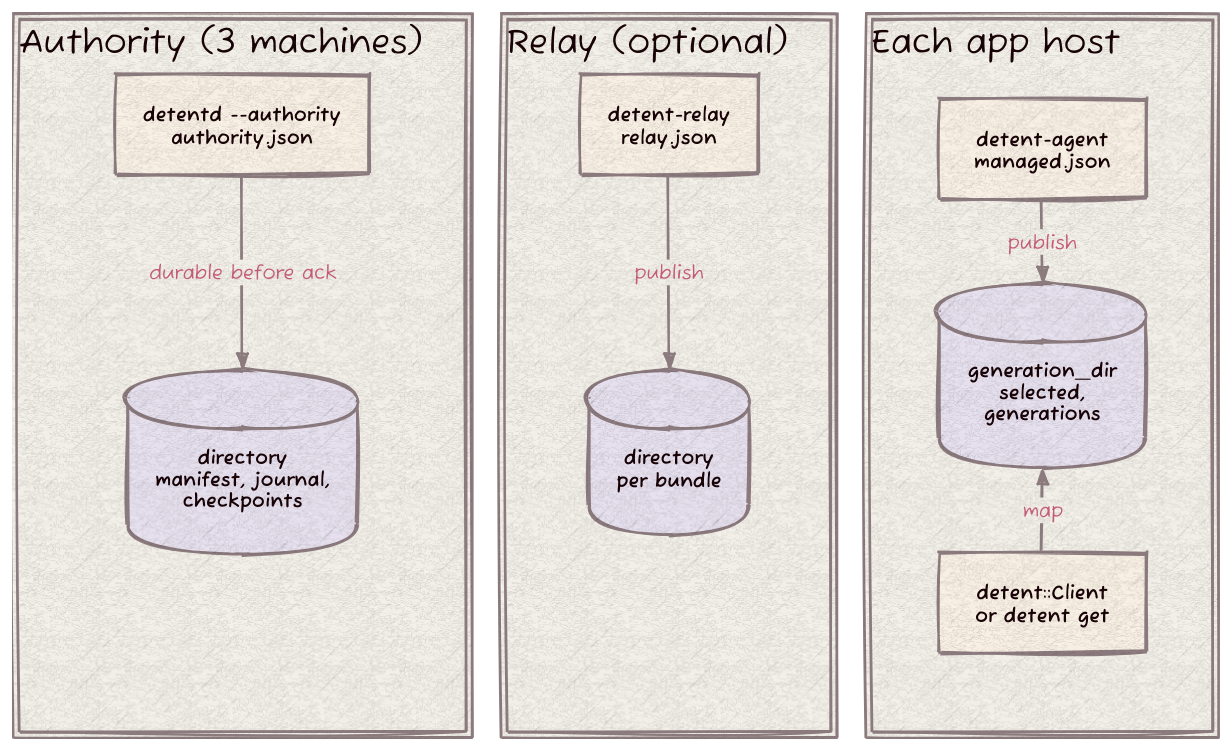
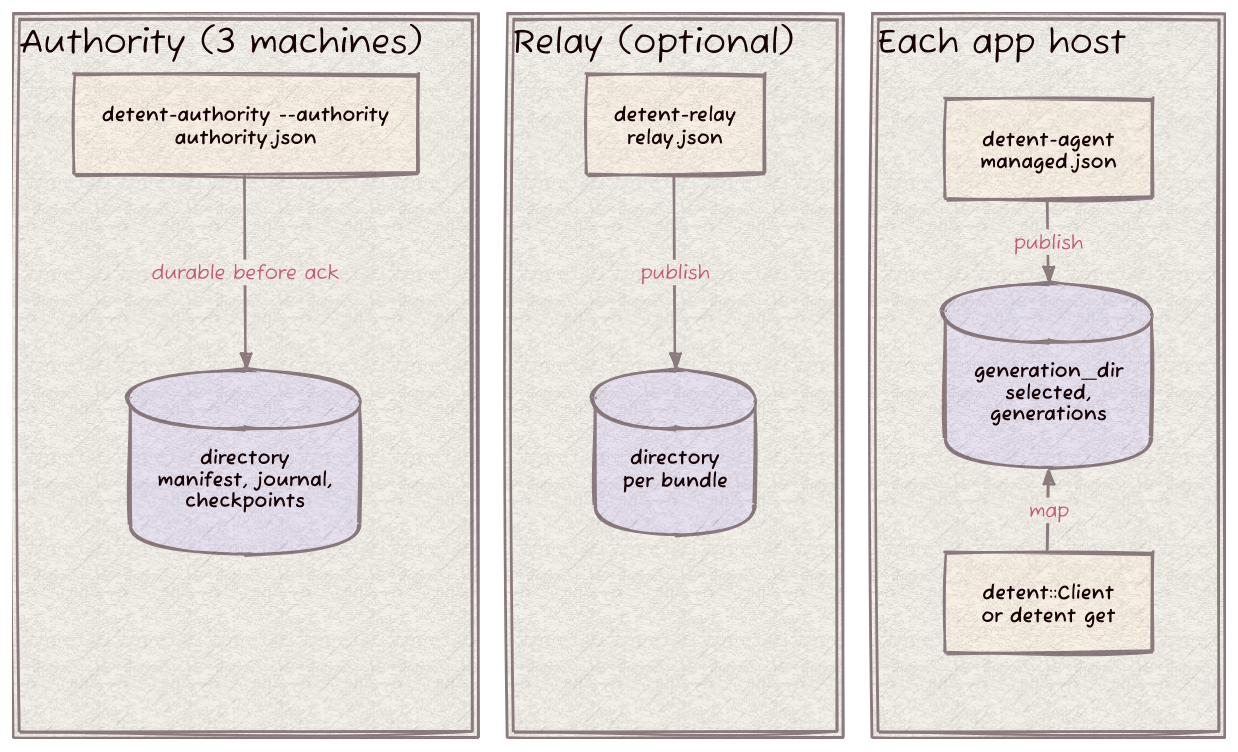
The diagram in docs/diagrams/actors-where.d2 (Kronuz/Detent), drawn with D2 before and after one commit. The commit also changed 87 other files, not shown here.

First line of the commit message:
Rename detentd to detent-authority (D123)

```diff
--- a/docs/diagrams/actors-where.d2
+++ b/docs/diagrams/actors-where.d2
@@ -1,34 +1,34 @@
 vars: { d2-config: { layout-engine: elk; theme-id: 302; sketch: true; pad: 24; theme-overrides: { B1: "#8C7B7E"; B2: "#C25B73"; N2: "#C25B73" } } }
 style.fill: transparent
 grid-columns: 3
 horizontal-gap: 24
 
 voter: "Authority (3 machines)" {
   label.near: top-left
   style.fill: "#F4F1EA"
   direction: down
-  proc: "detentd --authority\nauthority.json"
+  proc: "detent-authority --authority\nauthority.json"
   disk: "directory\nmanifest, journal,\ncheckpoints" {shape: cylinder; style.fill: "#E8E2F0"}
   proc -> disk: "durable before ack"
 }
 
 relay: "Relay (optional)" {
   label.near: top-left
   style.fill: "#F4F1EA"
   direction: down
   proc: "detent-relay\nrelay.json"
   disk: "directory\nper bundle" {shape: cylinder; style.fill: "#E8E2F0"}
   proc -> disk: "publish"
 }
 
 host: "Each app host" {
   label.near: top-left
   style.fill: "#F4F1EA"
   grid-columns: 1
   vertical-gap: 70
   agent: "detent-agent\nmanaged.json"
   disk: "generation_dir\nselected,\ngenerations" {shape: cylinder; style.fill: "#E8E2F0"}
   app: "detent::Client\nor detent get"
   agent -> disk: "publish"
   app -> disk: "map"
 }
```
